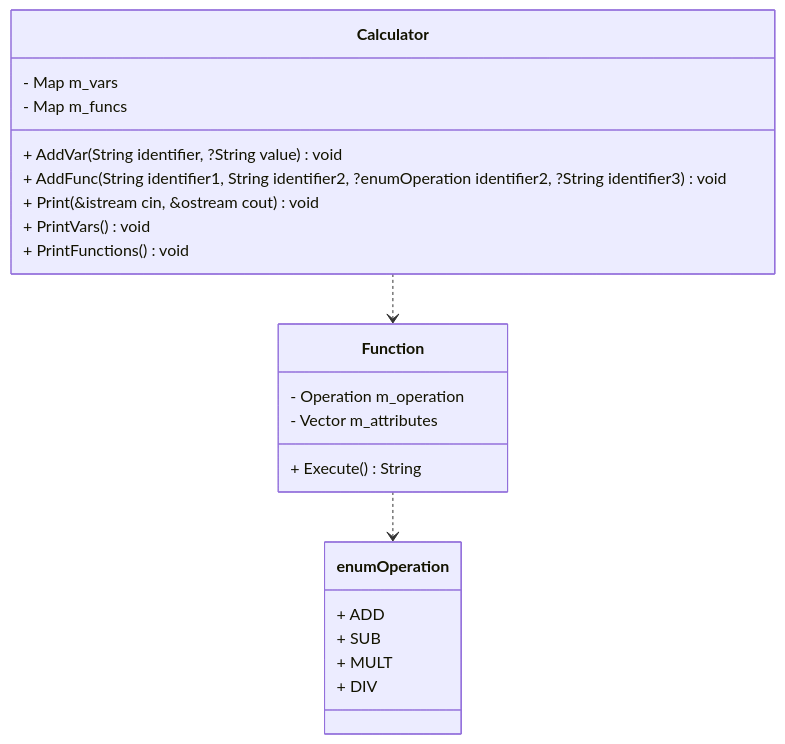
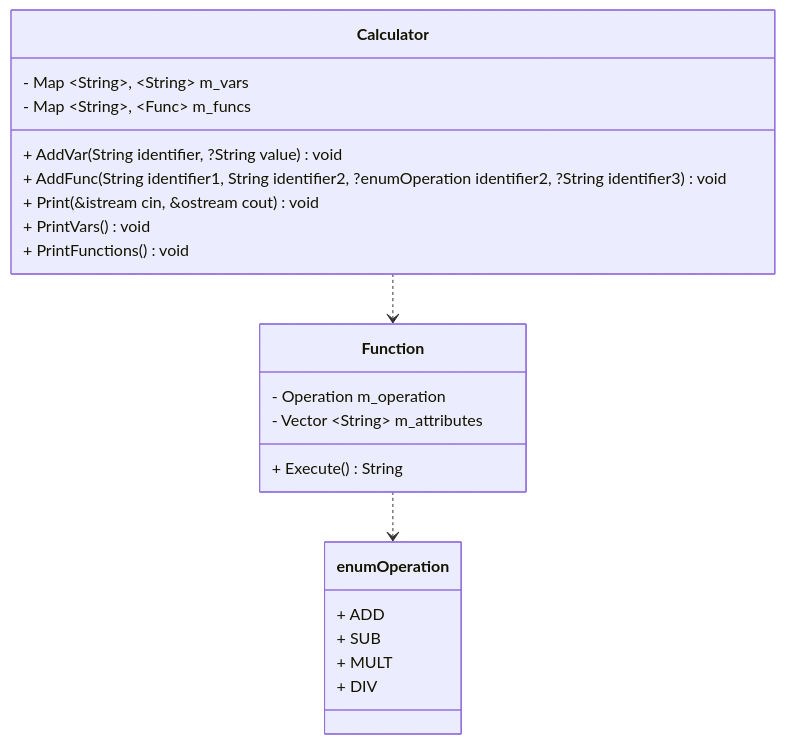
One commit to 555Jeka555/OOP-labs changed the diagram in lab3/2_1/OOP-2024-03-25-205329.md. Above: the diagram before and after it, drawn with Mermaid.

Commit message:
Фикс диаграммы

````diff
--- a/lab3/2_1/OOP-2024-03-25-205329.md
+++ b/lab3/2_1/OOP-2024-03-25-205329.md
@@ -1,28 +1,28 @@
 ```mermaid
     classDiagram
         Calculator ..> Function
         Function ..> enumOperation
     
         class enum Operation {
             + ADD
             + SUB
             + MULT
             + DIV
         }
     
         class Function {
             - Operation m_operation
-            - Vector<String> m_attributes
+            - Vector ~String~ m_attributes
             + Execute() String
         }
     
         class Calculator {
-            - Map<String, String> m_vars
-            - Map<String, Func> m_funcs
+            - Map ~String~, ~String~ m_vars
+            - Map ~String~, ~Func~ m_funcs
             + AddVar(String identifier, ?String value) void
             + AddFunc(String identifier1, String identifier2, ?enumOperation identifier2, ?String identifier3) void
             + Print(&istream cin, &ostream cout) void
             + PrintVars() void
             + PrintFunctions() void
         }
 ```
````
